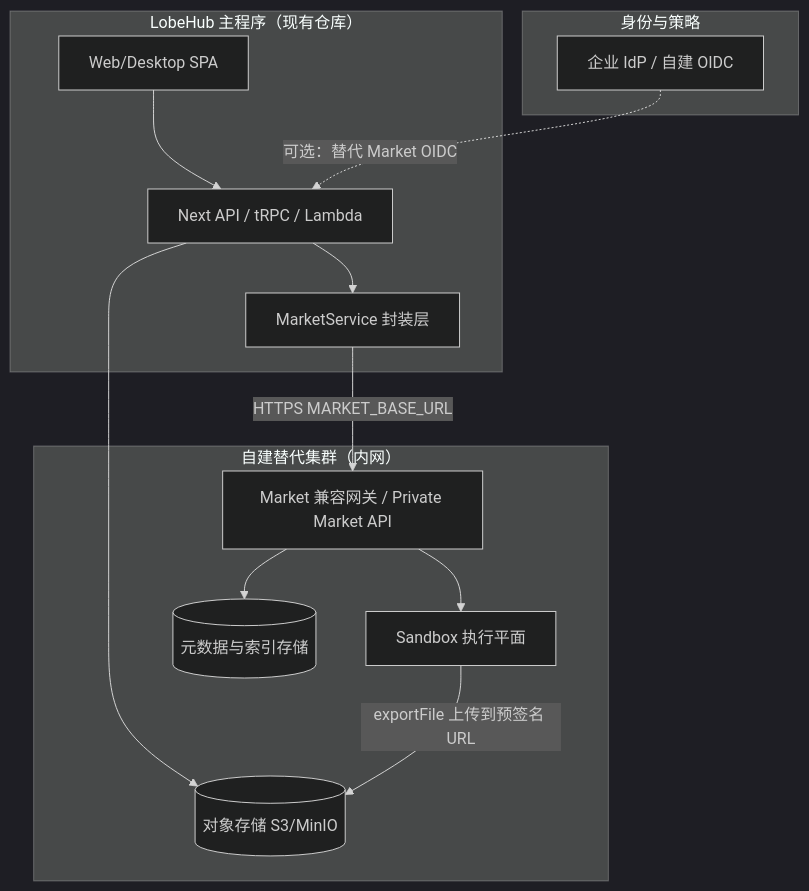
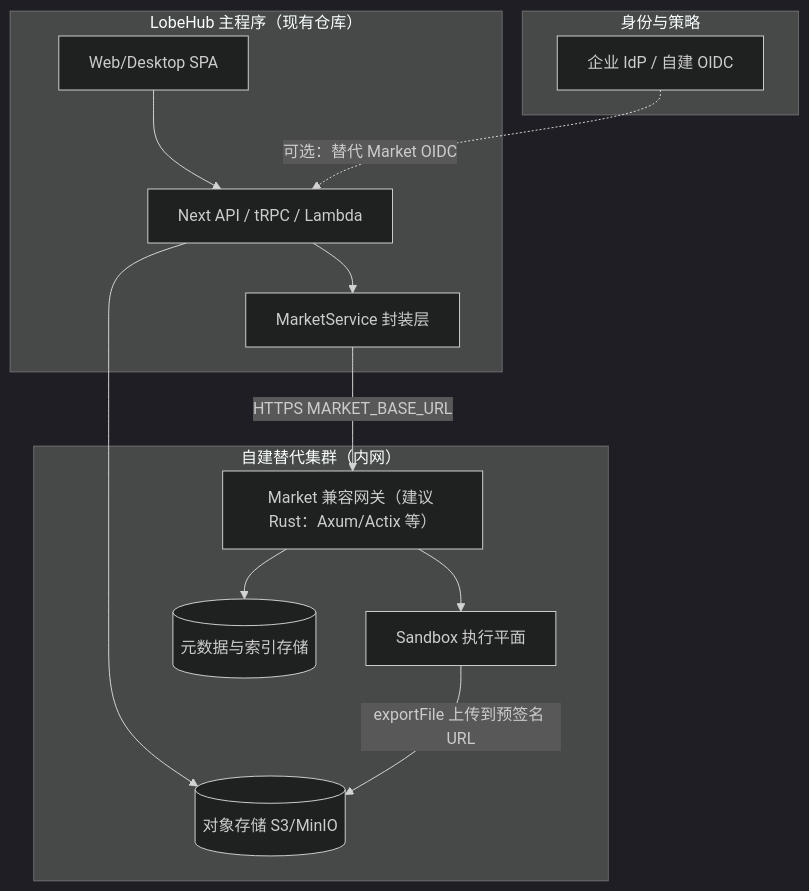
Before and after one commit to AvatoLabs/avato: the first of 2 diagrams in docs/development/architecture-self-hosted-market-sandbox-replacement.zh-CN.md, drawn with Mermaid (dark theme). The commit also changed other lines of this file and 16 other files, not shown here.

````diff
--- a/docs/development/architecture-self-hosted-market-sandbox-replacement.zh-CN.md
+++ b/docs/development/architecture-self-hosted-market-sandbox-replacement.zh-CN.md
@@ -58,28 +61,28 @@
 ```mermaid
 flowchart TB
   subgraph LobeHub["LobeHub 主程序（现有仓库）"]
     UI[Web/Desktop SPA]
     API[Next API / tRPC / Lambda]
     MS[MarketService 封装层]
   end
 
   subgraph Replacement["自建替代集群（内网）"]
-    GW[Market 兼容网关 / Private Market API]
+    GW["Market 兼容网关（建议 Rust：Axum/Actix 等）"]
     SB[Sandbox 执行平面]
     ST[(元数据与索引存储)]
     OBJ[(对象存储 S3/MinIO)]
   end
 
   subgraph IdP["身份与策略"]
     OIDC[企业 IdP / 自建 OIDC]
   end
 
   UI --> API
   API --> MS
   MS -->|"HTTPS MARKET_BASE_URL"| GW
   GW --> ST
   GW --> SB
   API --> OBJ
   SB -->|"exportFile 上传到预签名 URL"| OBJ
   OIDC -.->|可选：替代 Market OIDC| API
 ```
````
